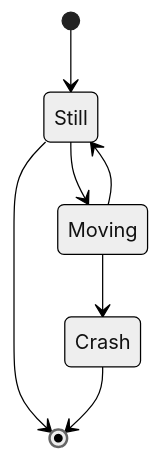
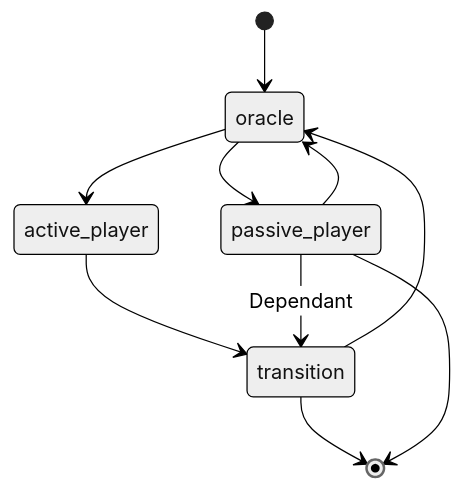
Before and after one commit to BPHays/Plank: the diagram in docs/automaton_ex.mmd, drawn with Mermaid (neutral theme). The commit also changed 21 other files, not shown here.

```diff
--- a/docs/automaton_ex.mmd
+++ b/docs/automaton_ex.mmd
@@ -1,8 +1,13 @@
 stateDiagram
-  [*] --> Still
-  Still --> [*]
+  current_player: oracle
+  make_move: transition
 
-  Still --> Moving
-  Moving --> Still
-  Moving --> Crash
-  Crash --> [*]
+  [*] --> current_player
+  current_player --> active_player
+  current_player --> passive_player
+  active_player --> make_move
+  make_move --> current_player
+  passive_player --> current_player
+  passive_player --> make_move: Dependant
+  make_move --> [*]
+  passive_player --> [*]
```
